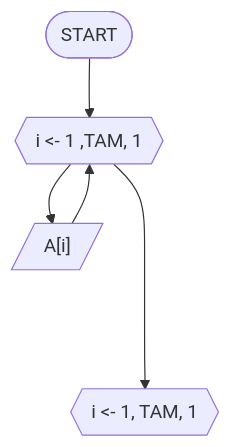
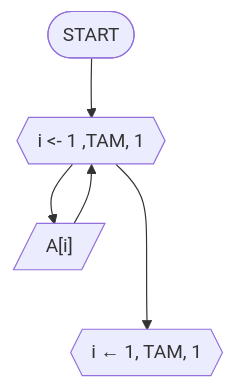
Before and after one commit to gabuh/algorithms_exercises: the diagram in README.md, drawn with Mermaid.

````diff
--- a/README.md
+++ b/README.md
@@ -28,8 +28,8 @@
 ``` mermaid
 flowchart TD
   A(["START"]) --> B{{"i <- 1 ,TAM, 1"}};
   B --> C[/"A[i]"/];
   C --> B ;
-  B ----> D{{"i <- 1, TAM, 1 "}};
-
+  B ---> D{{"i ← 1, TAM, 1 "}};
+  
 ```
````
